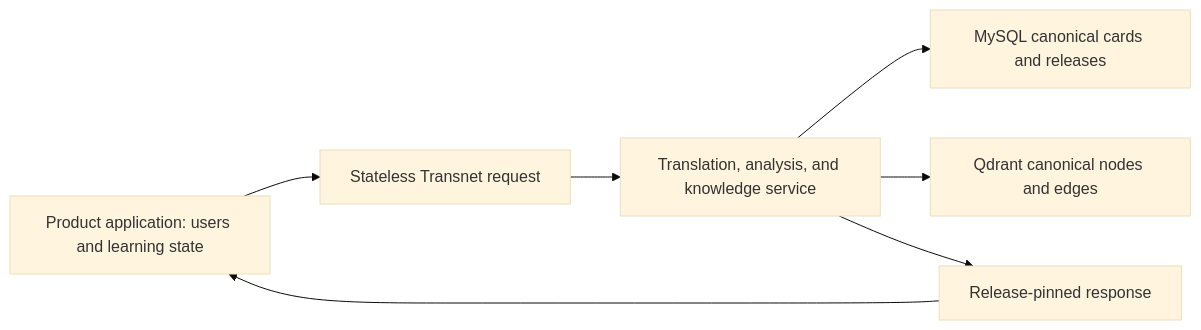
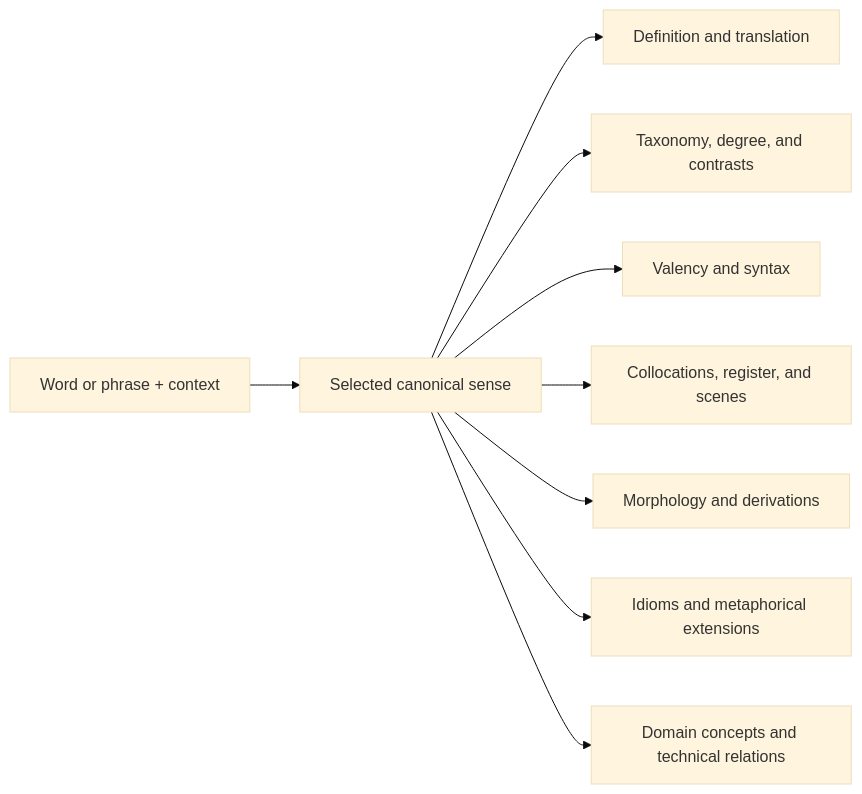
Before and after one commit to Ashex-x/Transnet: the first of 2 diagrams in docs/transnet.md, drawn with Mermaid (base theme). The commit also changed other lines of this file and 23 other files, not shown here.

````diff
--- a/docs/transnet.md
+++ b/docs/transnet.md
@@ -41,9 +50,11 @@
 ```mermaid
 flowchart LR
-  product["Product application: users and learning state"] --> request["Stateless Transnet request"]
-  request --> service["Translation, analysis, and knowledge service"]
-  service --> mysql["MySQL canonical cards and releases"]
-  service --> qdrant["Qdrant canonical nodes and edges"]
-  service --> response["Release-pinned response"]
-  response --> product
+  query["Word or phrase + context"] --> sense["Selected canonical sense"]
+  sense --> meaning["Definition and translation"]
+  sense --> semantic["Taxonomy, degree, and contrasts"]
+  sense --> grammar["Valency and syntax"]
+  sense --> usage["Collocations, register, and scenes"]
+  sense --> form["Morphology and derivations"]
+  sense --> culture["Idioms and metaphorical extensions"]
+  sense --> domain["Domain concepts and technical relations"]
 ```
````
